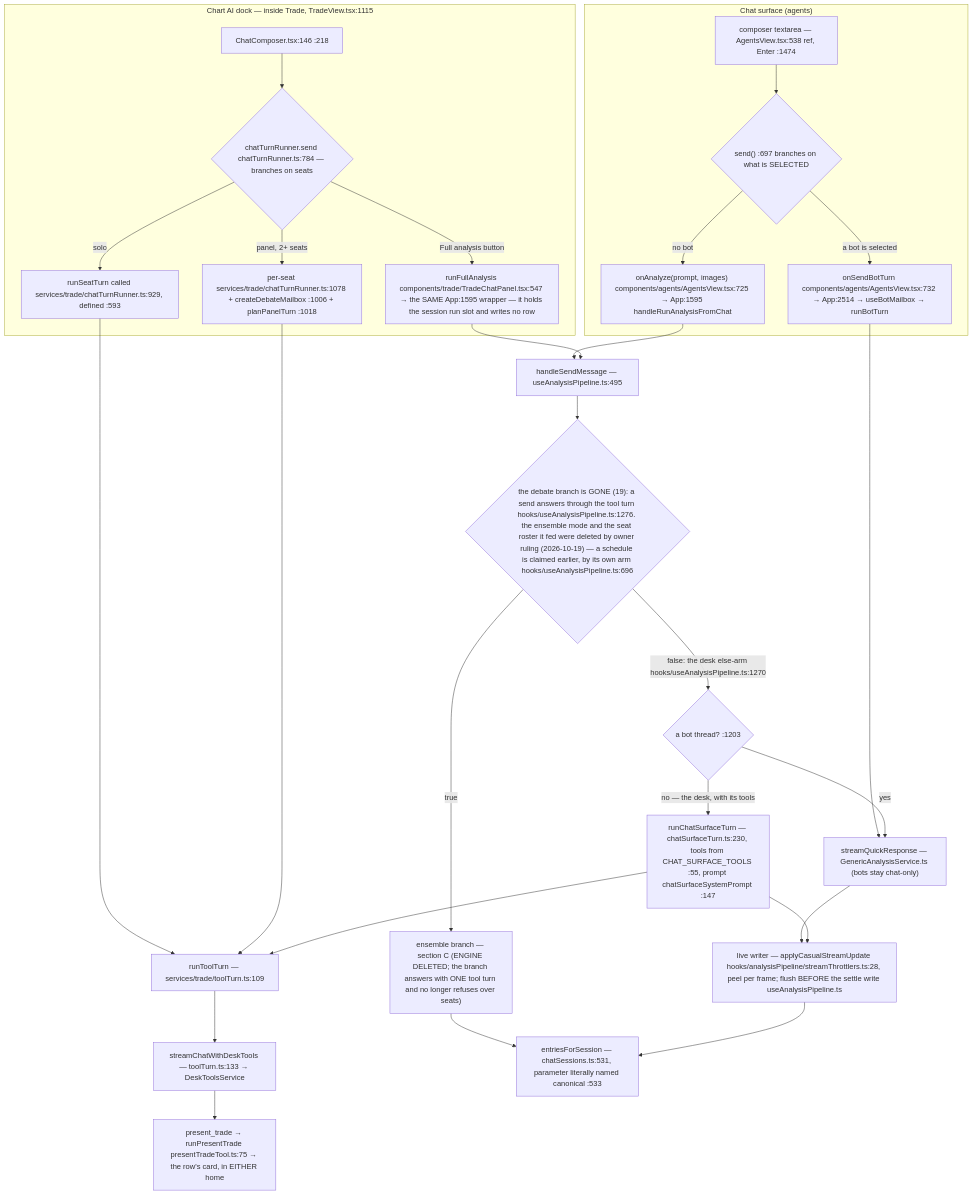
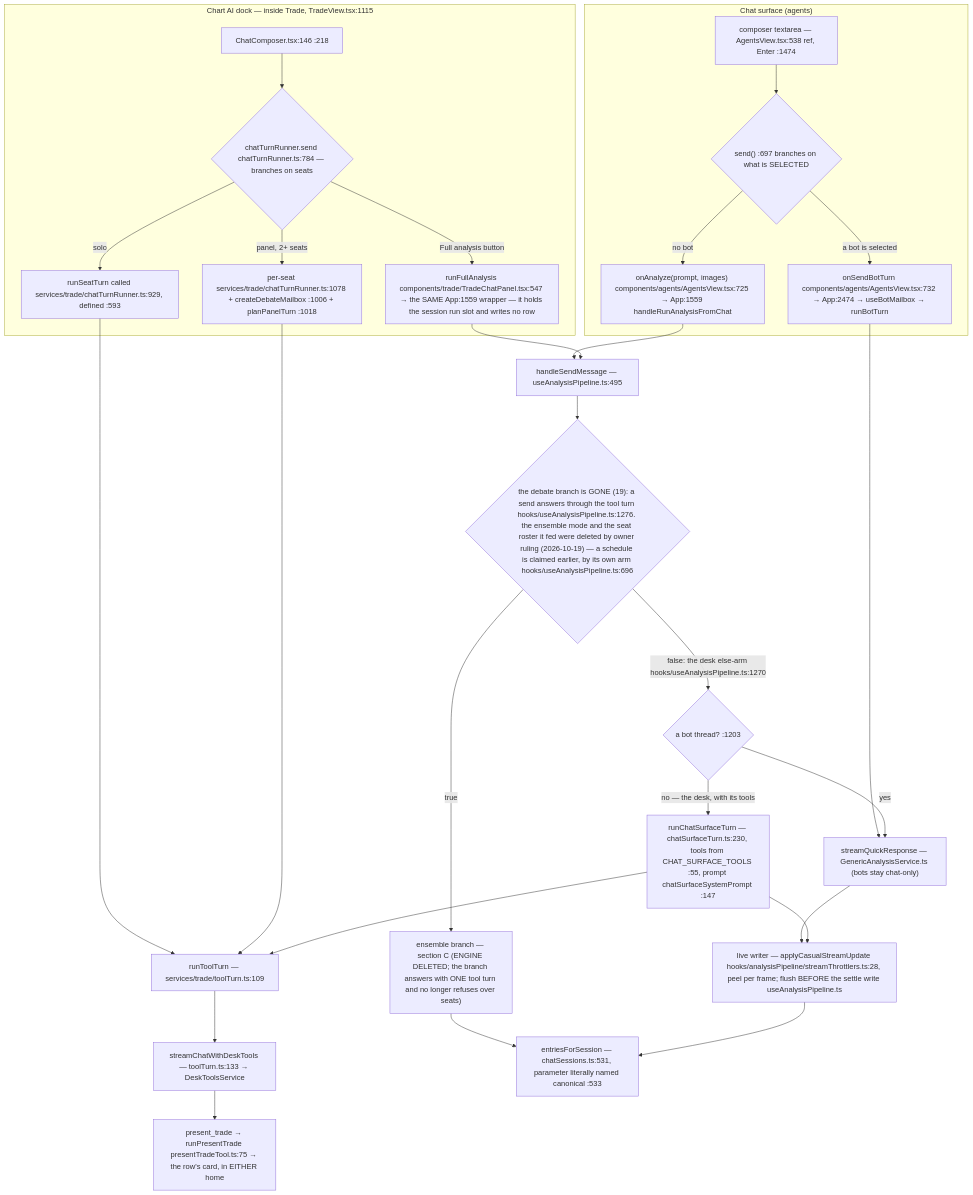
Before and after one commit to Acepay25/august-3.5: the second of 7 diagrams in docs/app-flow.md, drawn with Mermaid. The commit also changed other lines of this file and 28 other files, not shown here.

````diff
--- a/docs/app-flow.md
+++ b/docs/app-flow.md
@@ -61,31 +61,31 @@
 ```mermaid
 flowchart TD
     subgraph CHAT["Chat surface (agents)"]
         CB["composer textarea — AgentsView.tsx:538 ref, Enter :1474"] --> D1{"send() :697 branches on what is SELECTED"}
-        D1 -->|a bot is selected| BOT["onSendBotTurn components/agents/AgentsView.tsx:732 → App:2514 → useBotMailbox → runBotTurn"]
-        D1 -->|no bot| AN["onAnalyze(prompt, images) components/agents/AgentsView.tsx:725 → App:1595 handleRunAnalysisFromChat"]
+        D1 -->|a bot is selected| BOT["onSendBotTurn components/agents/AgentsView.tsx:732 → App:2474 → useBotMailbox → runBotTurn"]
+        D1 -->|no bot| AN["onAnalyze(prompt, images) components/agents/AgentsView.tsx:725 → App:1559 handleRunAnalysisFromChat"]
     end
     subgraph DOCK["Chart AI dock — inside Trade, TradeView.tsx:1115"]
         DC["ChatComposer.tsx:146 :218"] --> D2{"chatTurnRunner.send chatTurnRunner.ts:784 — branches on seats"}
         D2 -->|solo| SO["runSeatTurn called services/trade/chatTurnRunner.ts:929, defined :593"]
         D2 -->|panel, 2+ seats| PN["per-seat services/trade/chatTurnRunner.ts:1078 + createDebateMailbox :1006 + planPanelTurn :1018"]
-        D2 -->|Full analysis button| FA["runFullAnalysis components/trade/TradeChatPanel.tsx:547 → the SAME App:1595 wrapper — it holds the session run slot and writes no row"]
+        D2 -->|Full analysis button| FA["runFullAnalysis components/trade/TradeChatPanel.tsx:547 → the SAME App:1559 wrapper — it holds the session run slot and writes no row"]
     end
     SO --> TT["runToolTurn — services/trade/toolTurn.ts:109"]
     PN --> TT
     TT --> SCDT["streamChatWithDeskTools — toolTurn.ts:133 → DeskToolsService"]
     BOT --> TR["streamQuickResponse — GenericAnalysisService.ts (bots stay chat-only)"]
     AN --> HSM["handleSendMessage — useAnalysisPipeline.ts:495"]
     FA --> HSM
     HSM --> D3{"the debate branch is GONE (19): a send answers through the tool turn hooks/useAnalysisPipeline.ts:1276. the ensemble mode and the seat roster it fed were deleted by owner ruling (2026-10-19) — a schedule is claimed earlier, by its own arm hooks/useAnalysisPipeline.ts:696"}
     D3 -->|true| ENS["ensemble branch — section C (ENGINE DELETED; the branch answers with ONE tool turn and no longer refuses over seats)"]
     D3 -->|false: the desk else-arm hooks/useAnalysisPipeline.ts:1270| SPLIT{"a bot thread? :1203"}
     SPLIT -->|yes| TR
     SPLIT -->|no — the desk, with its tools| CST["runChatSurfaceTurn — chatSurfaceTurn.ts:230, tools from CHAT_SURFACE_TOOLS :55, prompt chatSurfaceSystemPrompt :147"]
     CST --> TT
     TR --> LW["live writer — applyCasualStreamUpdate hooks/analysisPipeline/streamThrottlers.ts:28, peel per frame; flush BEFORE the settle write useAnalysisPipeline.ts"]
     CST --> LW
     ENS --> MERGE
     LW --> MERGE["entriesForSession — chatSessions.ts:531, parameter literally named canonical :533"]
     SCDT --> PT["present_trade → runPresentTrade presentTradeTool.ts:75 → the row's card, in EITHER home"]
 ```
````
